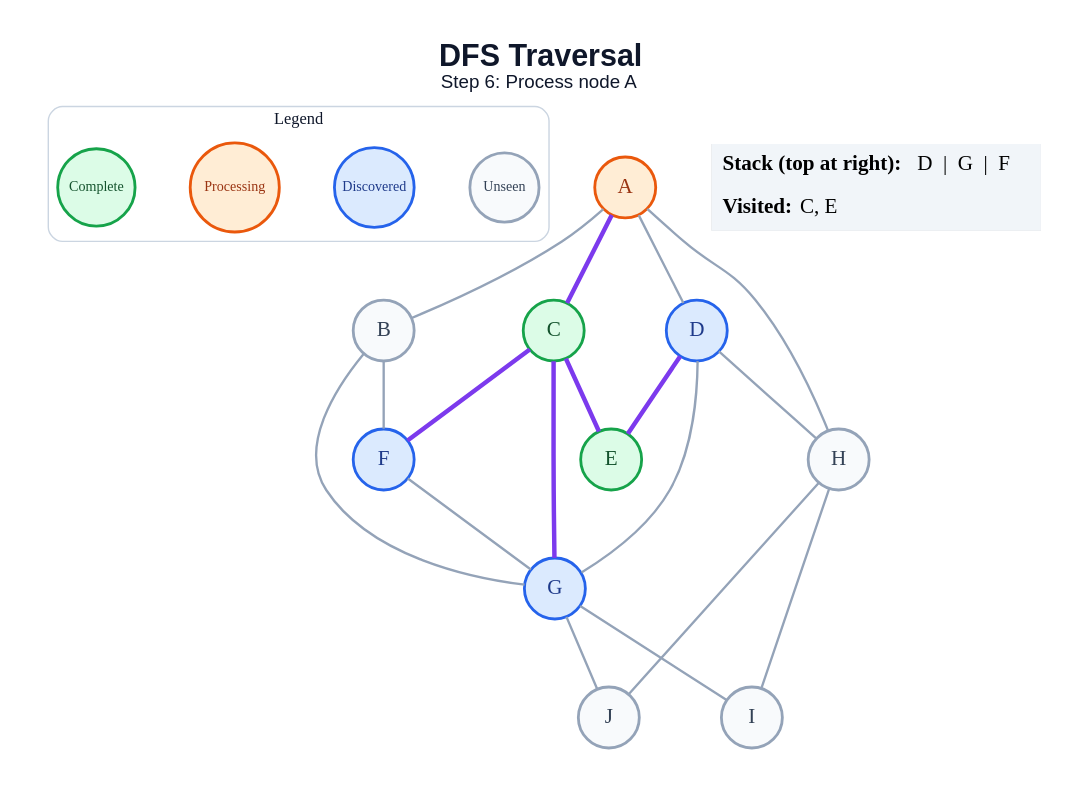
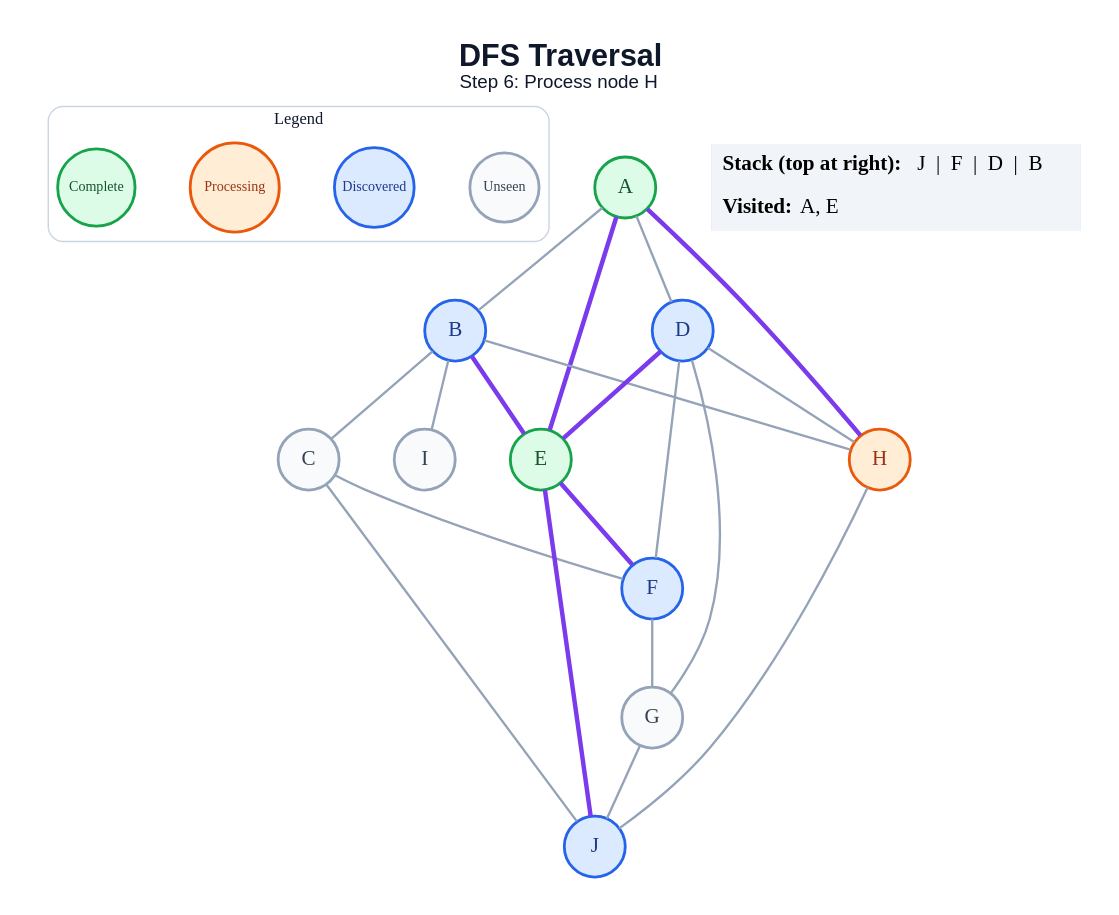
Before and after one commit to amanghodawala9/ai-slop: the diagram in generated/specific-node/dfs/step_06.dot, drawn with Graphviz. The commit also changed 178 other files, not shown here.

```diff
--- a/generated/specific-node/dfs/step_06.dot
+++ b/generated/specific-node/dfs/step_06.dot
@@ -1,46 +1,48 @@
 graph traversal {
   graph [layout=dot, rankdir=TB, bgcolor="#FFFFFF", pad="0.35", nodesep="0.65", ranksep="0.8", fontname="Arial"];
   node [shape=circle, style="filled", fontname="Arial Bold", fontsize=18, width=0.72, fixedsize=true, penwidth=2.4];
   edge [color="#94A3B8", penwidth=2.0];
-  label=<<B>DFS Traversal</B><BR/><FONT POINT-SIZE="16">Step 6: Process node A</FONT>>; labelloc="t"; fontsize=26; fontname="Arial"; fontcolor="#0F172A";
+  label=<<B>DFS Traversal</B><BR/><FONT POINT-SIZE="16">Step 6: Process node H</FONT>>; labelloc="t"; fontsize=26; fontname="Arial"; fontcolor="#0F172A";
   subgraph cluster_legend { label="Legend"; color="#CBD5E1"; penwidth=1.2; style="rounded"; fontsize=14; fontname="Arial Bold";
     key_unseen [label="Unseen", fillcolor="#F8FAFC", color="#94A3B8", fontcolor="#334155", fontsize=12, width=0.82];
     key_frontier [label="Discovered", fillcolor="#DBEAFE", color="#2563EB", fontcolor="#1E3A8A", fontsize=12, width=0.95];
     key_current [label="Processing", fillcolor="#FFEDD5", color="#EA580C", fontcolor="#9A3412", fontsize=12, width=1.05];
     key_done [label="Complete", fillcolor="#DCFCE7", color="#16A34A", fontcolor="#14532D", fontsize=12, width=0.92];
     { rank=same; key_unseen; key_frontier; key_current; key_done; }
   }
-  A [fillcolor="#FFEDD5", color="#EA580C", fontcolor="#9A3412"];
-  B [fillcolor="#F8FAFC", color="#94A3B8", fontcolor="#334155"];
-  C [fillcolor="#DCFCE7", color="#16A34A", fontcolor="#14532D"];
+  A [fillcolor="#DCFCE7", color="#16A34A", fontcolor="#14532D"];
+  B [fillcolor="#DBEAFE", color="#2563EB", fontcolor="#1E3A8A"];
+  C [fillcolor="#F8FAFC", color="#94A3B8", fontcolor="#334155"];
   D [fillcolor="#DBEAFE", color="#2563EB", fontcolor="#1E3A8A"];
   E [fillcolor="#DCFCE7", color="#16A34A", fontcolor="#14532D"];
   F [fillcolor="#DBEAFE", color="#2563EB", fontcolor="#1E3A8A"];
-  G [fillcolor="#DBEAFE", color="#2563EB", fontcolor="#1E3A8A"];
-  H [fillcolor="#F8FAFC", color="#94A3B8", fontcolor="#334155"];
+  G [fillcolor="#F8FAFC", color="#94A3B8", fontcolor="#334155"];
+  H [fillcolor="#FFEDD5", color="#EA580C", fontcolor="#9A3412"];
   I [fillcolor="#F8FAFC", color="#94A3B8", fontcolor="#334155"];
-  J [fillcolor="#F8FAFC", color="#94A3B8", fontcolor="#334155"];
+  J [fillcolor="#DBEAFE", color="#2563EB", fontcolor="#1E3A8A"];
   A -- B;
-  A -- C [color="#7C3AED", penwidth=3.8];
   A -- D;
-  A -- H;
-  B -- F;
-  B -- G;
-  C -- E [color="#7C3AED", penwidth=3.8];
-  C -- F [color="#7C3AED", penwidth=3.8];
-  C -- G [color="#7C3AED", penwidth=3.8];
+  A -- E [color="#7C3AED", penwidth=3.8];
+  A -- H [color="#7C3AED", penwidth=3.8];
+  B -- C;
+  B -- E [color="#7C3AED", penwidth=3.8];
+  B -- H;
+  B -- I;
+  C -- F;
+  C -- J;
   D -- E [color="#7C3AED", penwidth=3.8];
+  D -- F;
   D -- G;
   D -- H;
+  E -- F [color="#7C3AED", penwidth=3.8];
+  E -- J [color="#7C3AED", penwidth=3.8];
   F -- G;
-  G -- I;
   G -- J;
-  H -- I;
   H -- J;
   status [shape=plain, fixedsize=false, width=0, height=0, margin=0, label=<
     <TABLE BORDER="0" CELLBORDER="0" CELLPADDING="7" BGCOLOR="#F1F5F9">
-      <TR><TD ALIGN="LEFT"><B>Stack (top at right):</B> D  |  G  |  F</TD></TR>
-      <TR><TD ALIGN="LEFT"><B>Visited:</B> C, E</TD></TR>
+      <TR><TD ALIGN="LEFT"><B>Stack (top at right):</B> J  |  F  |  D  |  B</TD></TR>
+      <TR><TD ALIGN="LEFT"><B>Visited:</B> A, E</TD></TR>
     </TABLE>
   >];
 }
```
